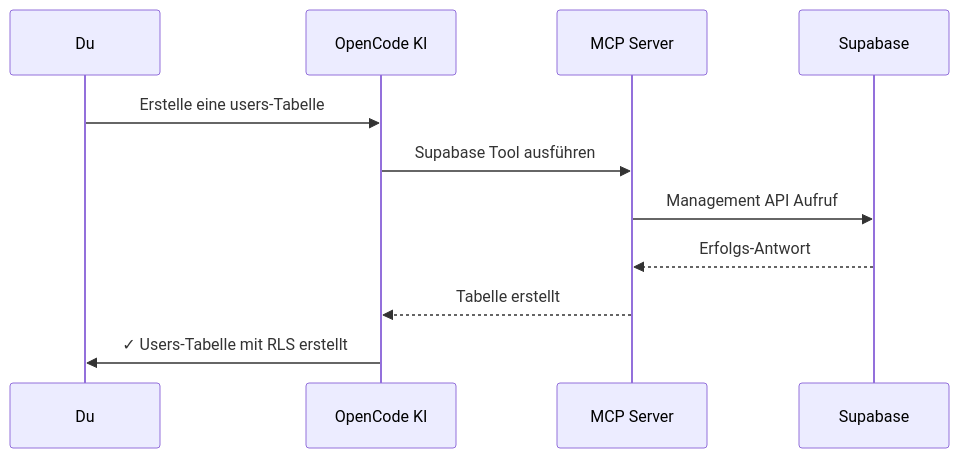
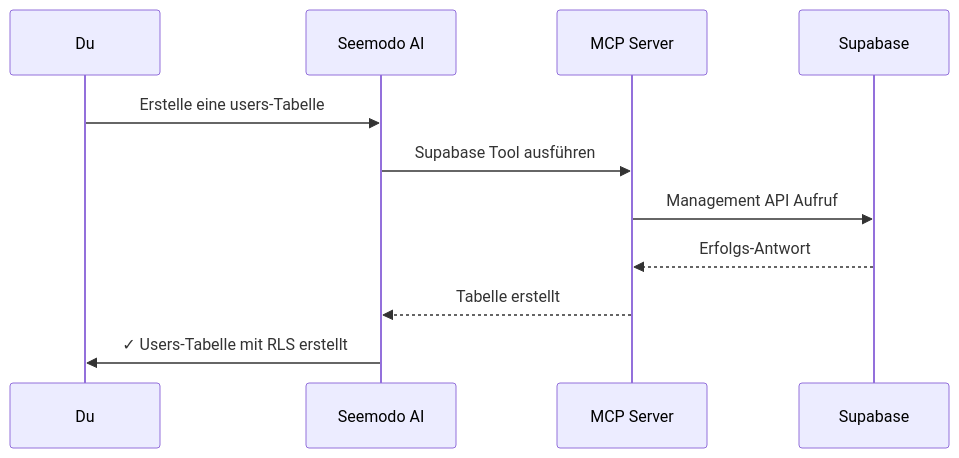
The diagram in de/seemodo/cloud.mdx (Seemodo/docs), drawn with Mermaid before and after one commit. The commit also changed 23 other files, not shown here.

Commit message:
Update documentation to replace all instances of "OpenCode" with "Seemodo AI" across multiple files, including AGENTS.md, README.md, and various API reference documents, ensuring consistency with the new branding.

````diff
--- a/de/seemodo/cloud.mdx
+++ b/de/seemodo/cloud.mdx
@@ -127,14 +127,14 @@
 ```mermaid
 sequenceDiagram
     participant Du
-    participant KI as OpenCode KI
+    participant KI as Seemodo AI
     participant MCP as MCP Server
     participant Supabase
 
     Du->>KI: Erstelle eine users-Tabelle
     KI->>MCP: Supabase Tool ausführen
     MCP->>Supabase: Management API Aufruf
     Supabase-->>MCP: Erfolgs-Antwort
     MCP-->>KI: Tabelle erstellt
     KI->>Du: ✓ Users-Tabelle mit RLS erstellt
 ```
````
